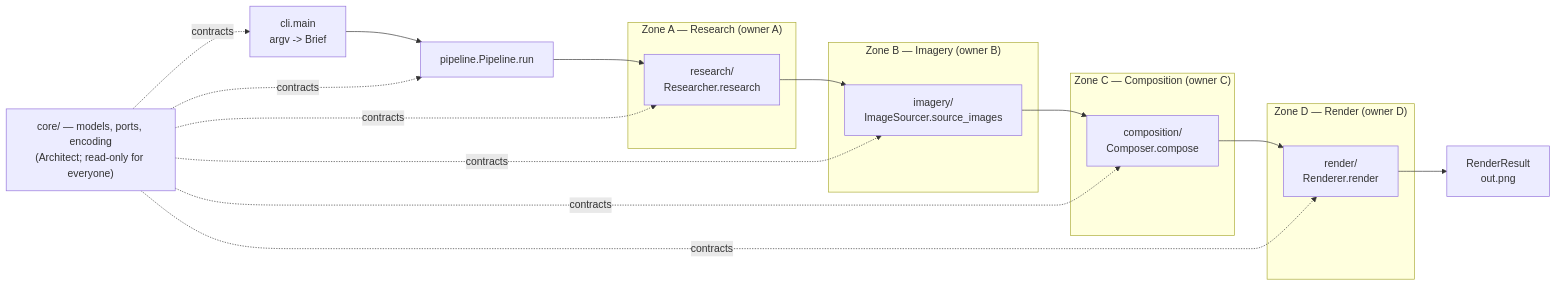
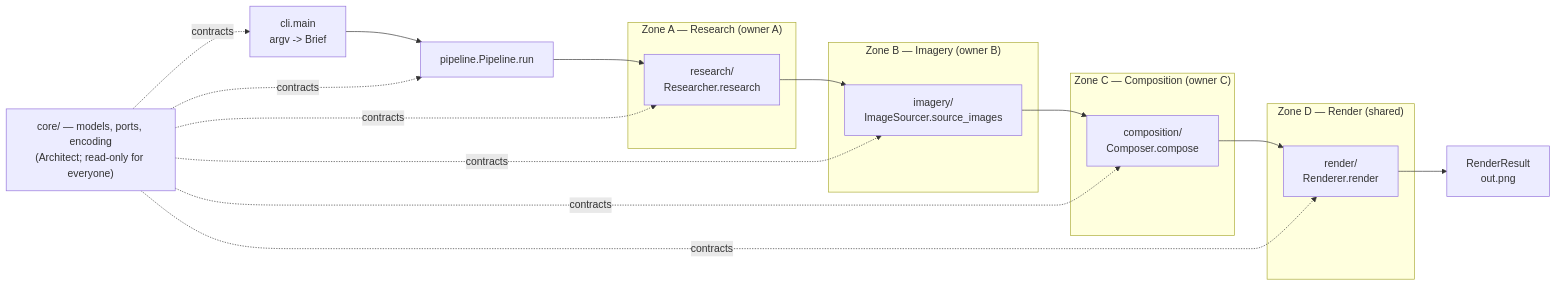
The diagram in docs/plan.md (bigH/infographic-generator), drawn with Mermaid before and after one commit. The commit also changed other lines of this file and 2 other files, not shown here.

````diff
--- a/docs/plan.md
+++ b/docs/plan.md
@@ -8,22 +8,22 @@
 ```mermaid
 flowchart LR
     CLI["cli.main<br/>argv -> Brief"] --> PIPE["pipeline.Pipeline.run"]
 
     subgraph ZA["Zone A — Research (owner A)"]
         R["research/<br/>Researcher.research"]
     end
     subgraph ZB["Zone B — Imagery (owner B)"]
         I["imagery/<br/>ImageSourcer.source_images"]
     end
     subgraph ZC["Zone C — Composition (owner C)"]
         C["composition/<br/>Composer.compose"]
     end
-    subgraph ZD["Zone D — Render (owner D)"]
+    subgraph ZD["Zone D — Render (shared)"]
         D["render/<br/>Renderer.render"]
     end
 
     PIPE --> R --> I --> C --> D --> OUT["RenderResult<br/>out.png"]
 
     CORE["core/ — models, ports, encoding<br/>(Architect; read-only for everyone)"]
     CORE -.contracts.-> R & I & C & D & PIPE & CLI
 ```
````
